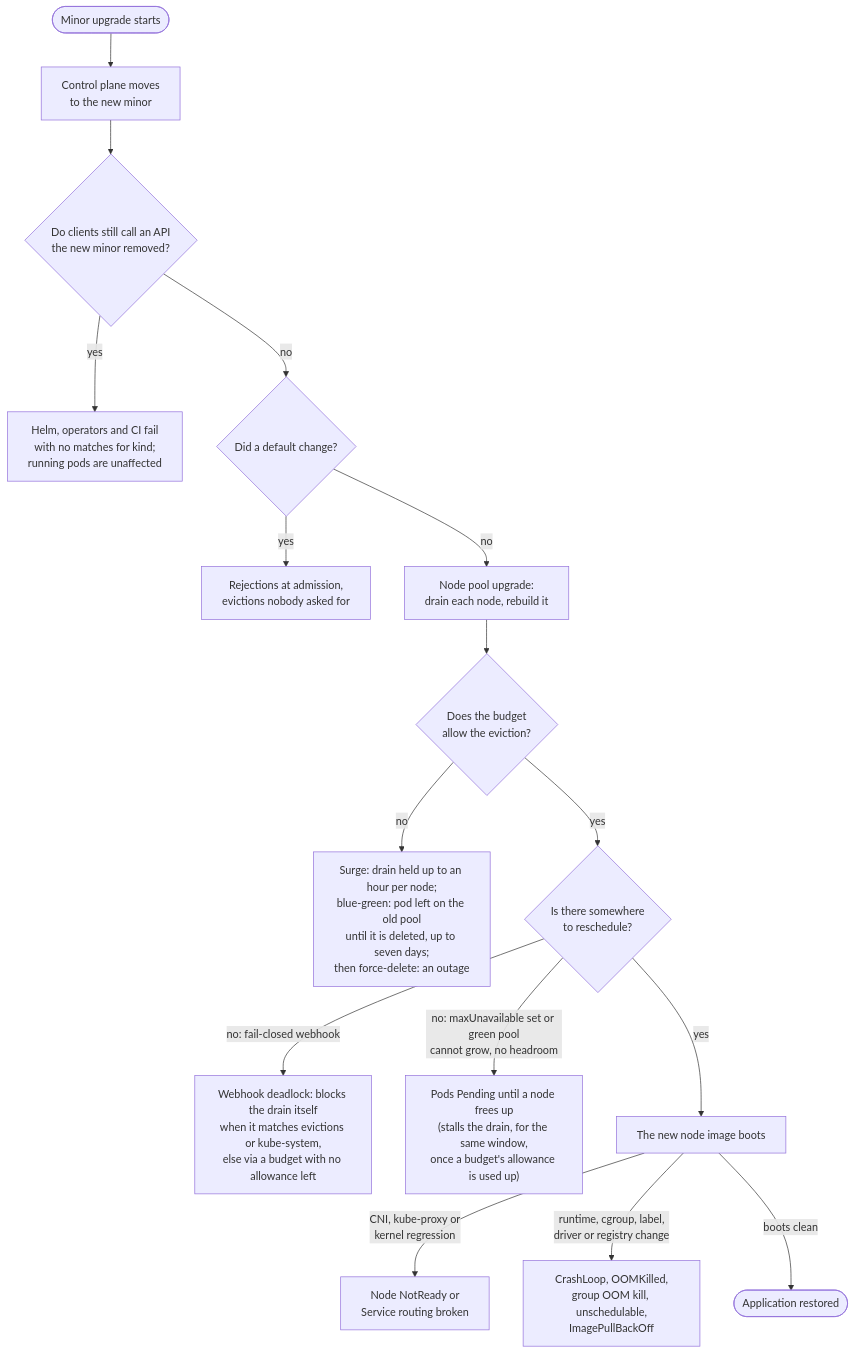
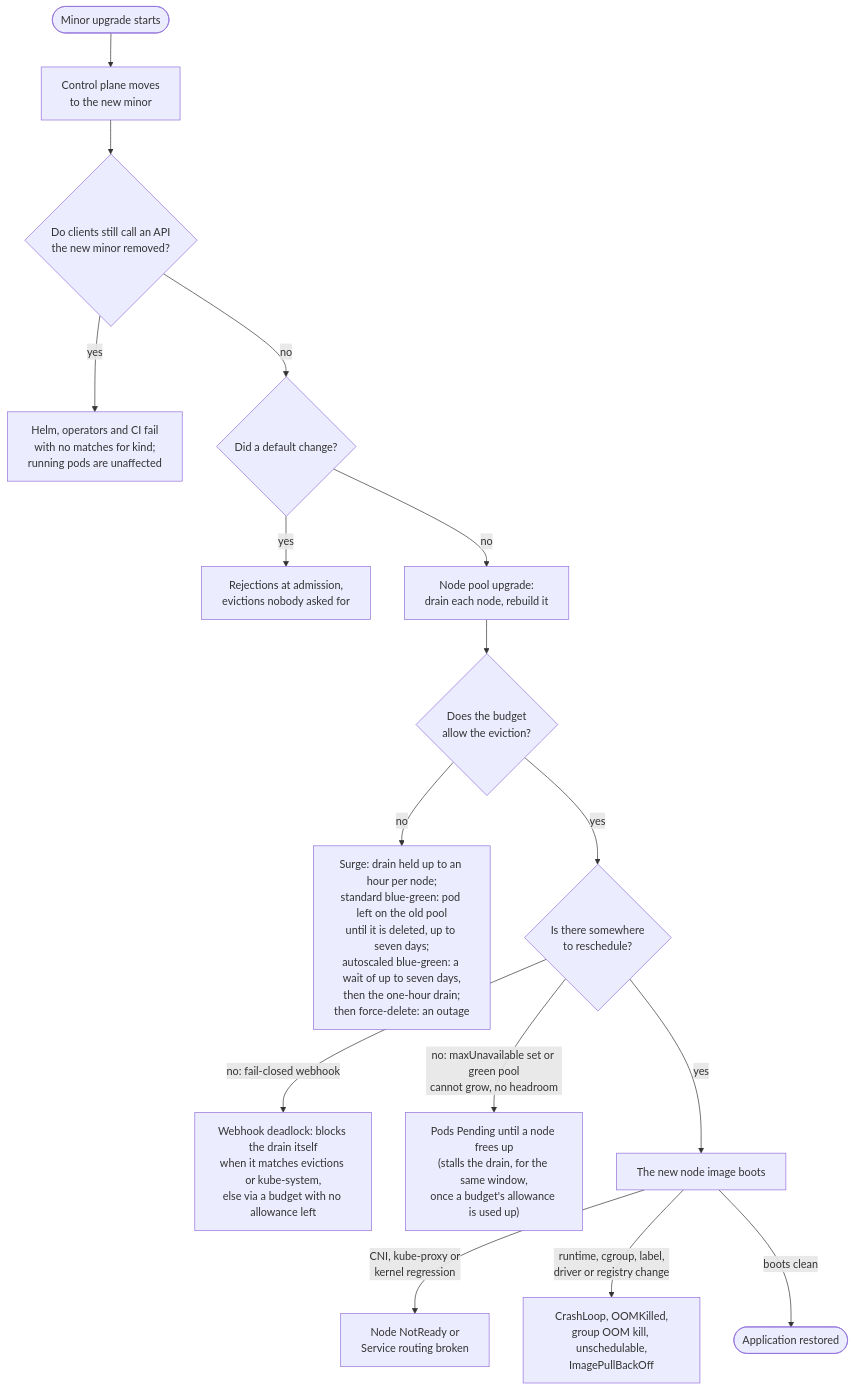
One commit to gke-labs/kube-agents changed the diagram in docs/designs/upgrade-failure-catalogue.md. Above: the diagram before and after it, drawn with Mermaid. The commit also changed other lines of this file, not shown here.

First line of the commit message:
docs(designs): tell the two blue-green variants apart in the drain summary

````diff
--- a/docs/designs/upgrade-failure-catalogue.md
+++ b/docs/designs/upgrade-failure-catalogue.md
@@ -166,18 +167,18 @@
 ```mermaid
 flowchart TD
     Start([Minor upgrade starts]) --> CP[Control plane moves<br/>to the new minor]
     CP --> Removed{Do clients still call an API<br/>the new minor removed?}
     Removed -- yes --> APIDep["Helm, operators and CI fail<br/>with no matches for kind;<br/>running pods are unaffected"]
     Removed -- no --> Defaults{Did a default change?}
     Defaults -- yes --> Adm["Rejections at admission,<br/>evictions nobody asked for"]
     Defaults -- no --> Pool[Node pool upgrade:<br/>drain each node, rebuild it]
     Pool --> PDB{Does the budget<br/>allow the eviction?}
-    PDB -- no --> Stall["Surge: drain held up to an hour per node;<br/>blue-green: pod left on the old pool<br/>until it is deleted, up to seven days;<br/>then force-delete: an outage"]
+    PDB -- no --> Stall["Surge: drain held up to an hour per node;<br/>standard blue-green: pod left on the old pool<br/>until it is deleted, up to seven days;<br/>autoscaled blue-green: a wait of up to seven days,<br/>then the one-hour drain;<br/>then force-delete: an outage"]
     PDB -- yes --> Room{Is there somewhere<br/>to reschedule?}
     Room -- "no: fail-closed webhook" --> Deadlock["Webhook deadlock: blocks the drain itself<br/>when it matches evictions or kube-system,<br/>else via a budget with no allowance left"]
     Room -- "no: maxUnavailable set or green pool<br/>cannot grow, no headroom" --> Pending["Pods Pending until a node frees up<br/>(stalls the drain, for the same window,<br/>once a budget's allowance is used up)"]
     Room -- yes --> Image[The new node image boots]
     Image -- "CNI, kube-proxy or<br/>kernel regression" --> Net[Node NotReady or<br/>Service routing broken]
     Image -- "runtime, cgroup, label,<br/>driver or registry change" --> Crash["CrashLoop, OOMKilled,<br/>group OOM kill, unschedulable,<br/>ImagePullBackOff"]
     Image -- boots clean --> OK([Application restored])
 ```
````
